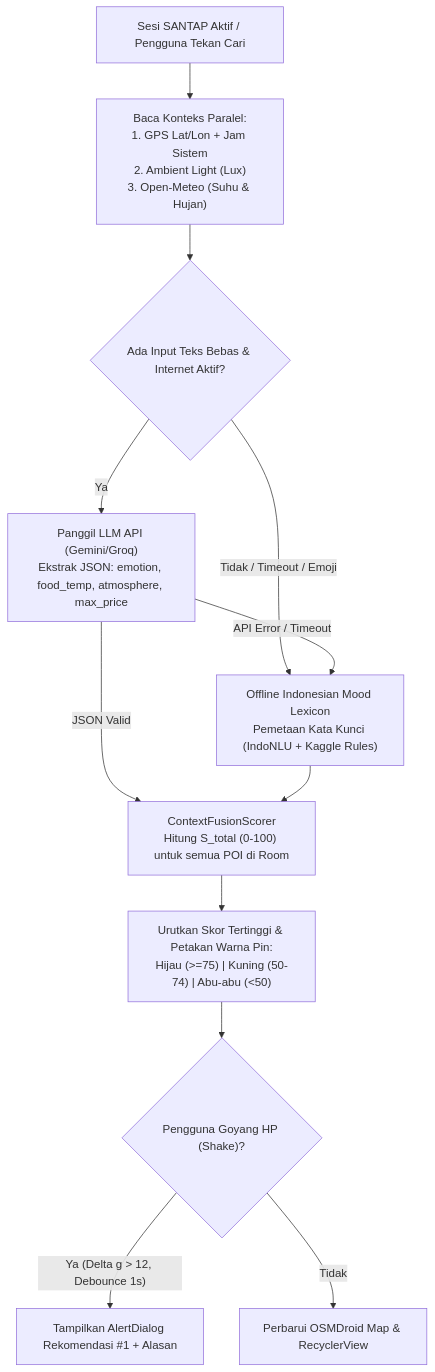
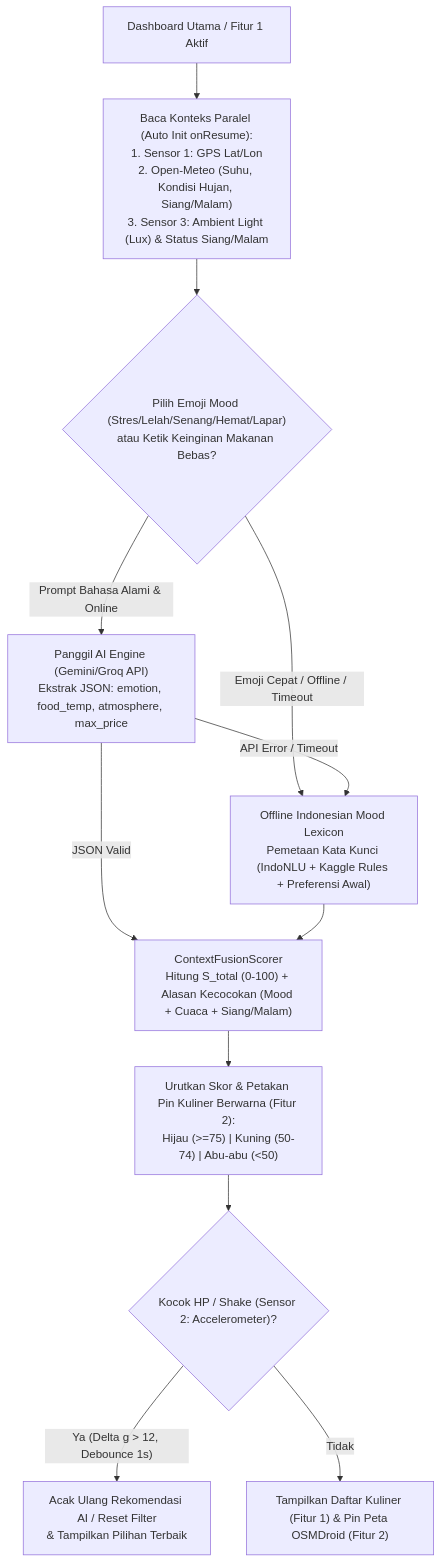
One commit to knownasrayy/SANTAP---FP-PEMMOB changed the fourth of 5 diagrams in SANTAP_SSOT.md. Above: the diagram before and after it, drawn with Mermaid. The commit also changed other lines of this file and 2 other files, not shown here.

Commit message:
docs: update SANTAP_SSOT to v1.3 and add rancangan flow diagram

````diff
--- a/SANTAP_SSOT.md
+++ b/SANTAP_SSOT.md
@@ -418,17 +471,17 @@
 ```mermaid
 flowchart TD
-    START["Sesi SANTAP Aktif / Pengguna Tekan Cari"] --> CTX["Baca Konteks Paralel:<br/>1. GPS Lat/Lon + Jam Sistem<br/>2. Ambient Light (Lux)<br/>3. Open-Meteo (Suhu & Hujan)"]
-    CTX --> MODE{"Ada Input Teks Bebas & Internet Aktif?"}
+    START["Dashboard Utama / Fitur 1 Aktif"] --> CTX["Baca Konteks Paralel (Auto Init onResume):<br/>1. Sensor 1: GPS Lat/Lon<br/>2. Open-Meteo (Suhu, Kondisi Hujan, Siang/Malam)<br/>3. Sensor 3: Ambient Light (Lux) & Status Siang/Malam"]
+    CTX --> MODE{"Pilih Emoji Mood (Stres/Lelah/Senang/Hemat/Lapar)<br/>atau Ketik Keinginan Makanan Bebas?"}
 
-    MODE -- "Ya" --> LLM["Panggil LLM API (Gemini/Groq)<br/>Ekstrak JSON: emotion, food_temp, atmosphere, max_price"]
-    MODE -- "Tidak / Timeout / Emoji" --> LEX["Offline Indonesian Mood Lexicon<br/>Pemetaan Kata Kunci (IndoNLU + Kaggle Rules)"]
+    MODE -- "Prompt Bahasa Alami & Online" --> LLM["Panggil AI Engine (Gemini/Groq API)<br/>Ekstrak JSON: emotion, food_temp, atmosphere, max_price"]
+    MODE -- "Emoji Cepat / Offline / Timeout" --> LEX["Offline Indonesian Mood Lexicon<br/>Pemetaan Kata Kunci (IndoNLU + Kaggle Rules + Preferensi Awal)"]
 
     LLM -- "API Error / Timeout" --> LEX
-    LLM -- "JSON Valid" --> SCORE["ContextFusionScorer<br/>Hitung S_total (0-100) untuk semua POI di Room"]
+    LLM -- "JSON Valid" --> SCORE["ContextFusionScorer<br/>Hitung S_total (0-100) + Alasan Kecocokan (Mood + Cuaca + Siang/Malam)"]
     LEX --> SCORE
 
-    SCORE --> FILTER["Urutkan Skor Tertinggi & Petakan Warna Pin:<br/>Hijau (>=75) | Kuning (50-74) | Abu-abu (<50)"]
-    FILTER --> SHAKE{"Pengguna Goyang HP (Shake)?"}
-    SHAKE -- "Ya (Delta g > 12, Debounce 1s)" --> TOP1["Tampilkan AlertDialog Rekomendasi #1 + Alasan"]
-    SHAKE -- "Tidak" --> RENDER["Perbarui OSMDroid Map & RecyclerView"]
+    SCORE --> FILTER["Urutkan Skor & Petakan Pin Kuliner Berwarna (Fitur 2):<br/>Hijau (>=75) | Kuning (50-74) | Abu-abu (<50)"]
+    FILTER --> SHAKE{"Kocok HP / Shake (Sensor 2: Accelerometer)?"}
+    SHAKE -- "Ya (Delta g > 12, Debounce 1s)" --> TOP1["Acak Ulang Rekomendasi AI / Reset Filter<br/>& Tampilkan Pilihan Terbaik"]
+    SHAKE -- "Tidak" --> RENDER["Tampilkan Daftar Kuliner (Fitur 1) & Pin Peta OSMDroid (Fitur 2)"]
 ```
````
